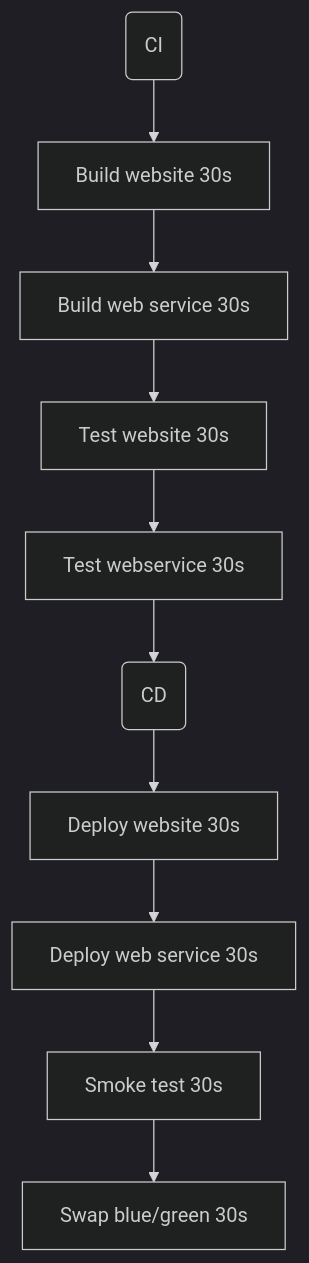
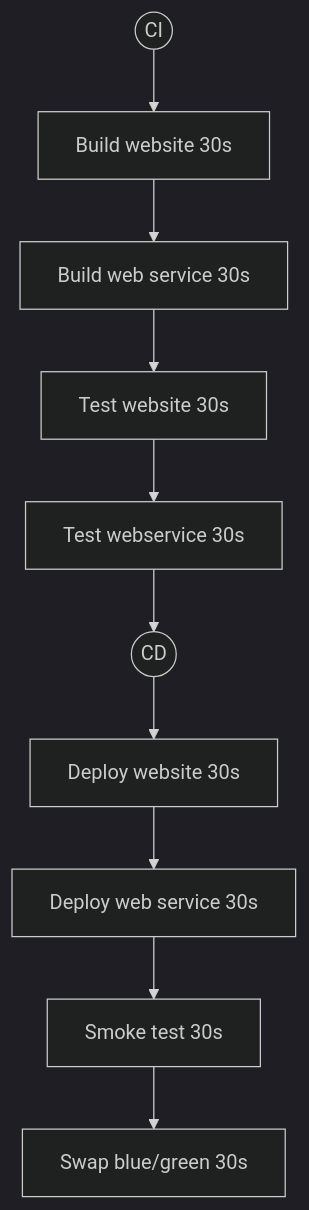
The first of 2 diagrams in README.md (samsmithnz/ParallelPipelinesDemo), drawn with Mermaid (dark theme) before and after one commit.

````diff
--- a/README.md
+++ b/README.md
@@ -5,5 +5,5 @@
 ```mermaid
   graph TD;
-      ci(CI)-->buildweb[Build website 30s]-->buildwebservice[Build web service 30s]-->testWebsite[Test website 30s]-->testsWebservice[Test webservice 30s]-->cd(CD);
-      cd(CD)-->deployWebsite[Deploy website 30s]-->deployWebService[Deploy web service 30s]-->smoke[Smoke test 30s]-->swap[Swap blue/green 30s];
+      ci((CI))-->buildweb[Build website 30s]-->buildwebservice[Build web service 30s]-->testWebsite[Test website 30s]-->testsWebservice[Test webservice 30s]-->cd((CD));
+      cd((CD))-->deployWebsite[Deploy website 30s]-->deployWebService[Deploy web service 30s]-->smoke[Smoke test 30s]-->swap[Swap blue/green 30s];
 ```
````
